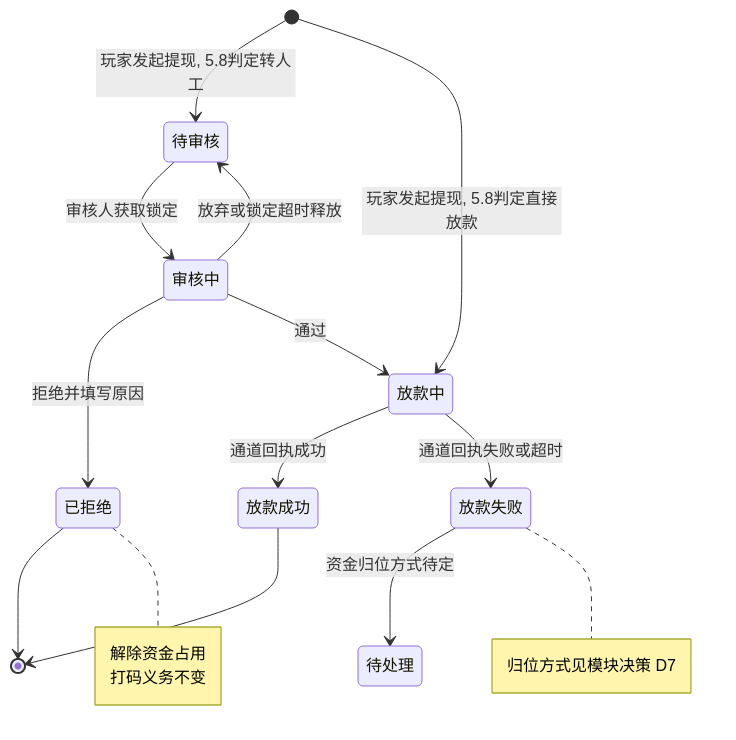
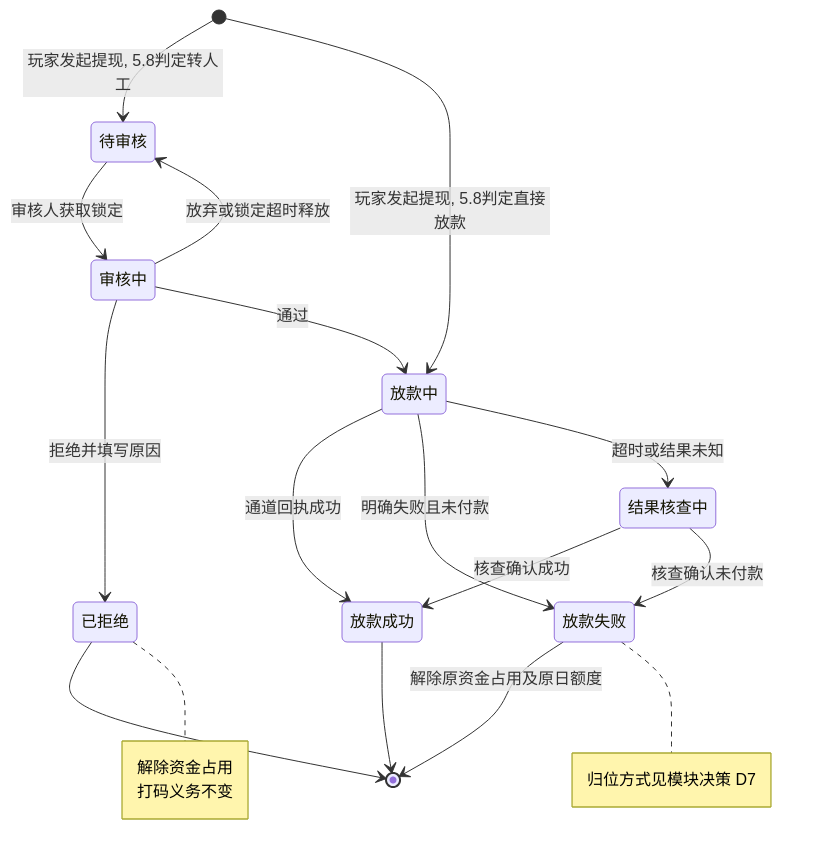
One commit to bingo-lab-1/bingo-figma changed the first of 2 diagrams in M5-财务管理/5.1-提现订单/README.md. Above: the diagram before and after it, drawn with Mermaid. The commit also changed other lines of this file and 50 other files, not shown here.

````diff
--- a/M5-财务管理/5.1-提现订单/README.md
+++ b/M5-财务管理/5.1-提现订单/README.md
@@ -273,23 +170,26 @@
 ```mermaid
 stateDiagram-v2
     [*] --> 待审核: 玩家发起提现, 5.8判定转人工
     [*] --> 放款中: 玩家发起提现, 5.8判定直接放款
     待审核 --> 审核中: 审核人获取锁定
     审核中 --> 待审核: 放弃或锁定超时释放
     审核中 --> 已拒绝: 拒绝并填写原因
     审核中 --> 放款中: 通过
     放款中 --> 放款成功: 通道回执成功
-    放款中 --> 放款失败: 通道回执失败或超时
-    放款失败 --> 待处理: 资金归位方式待定
+    放款中 --> 放款失败: 明确失败且未付款
+    放款中 --> 结果核查中: 超时或结果未知
+    结果核查中 --> 放款成功: 核查确认成功
+    结果核查中 --> 放款失败: 核查确认未付款
+    放款失败 --> [*]: 解除原资金占用及原日额度
     已拒绝 --> [*]
     放款成功 --> [*]
 
     note right of 已拒绝
         解除资金占用
         打码义务不变
     end note
 
     note right of 放款失败
         归位方式见模块决策 D7
     end note
 ```
````
